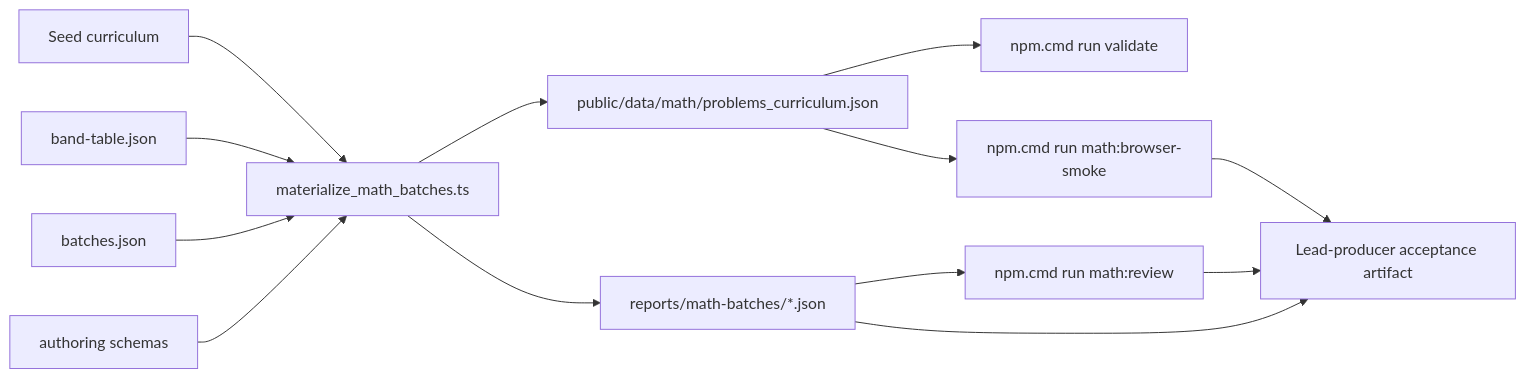
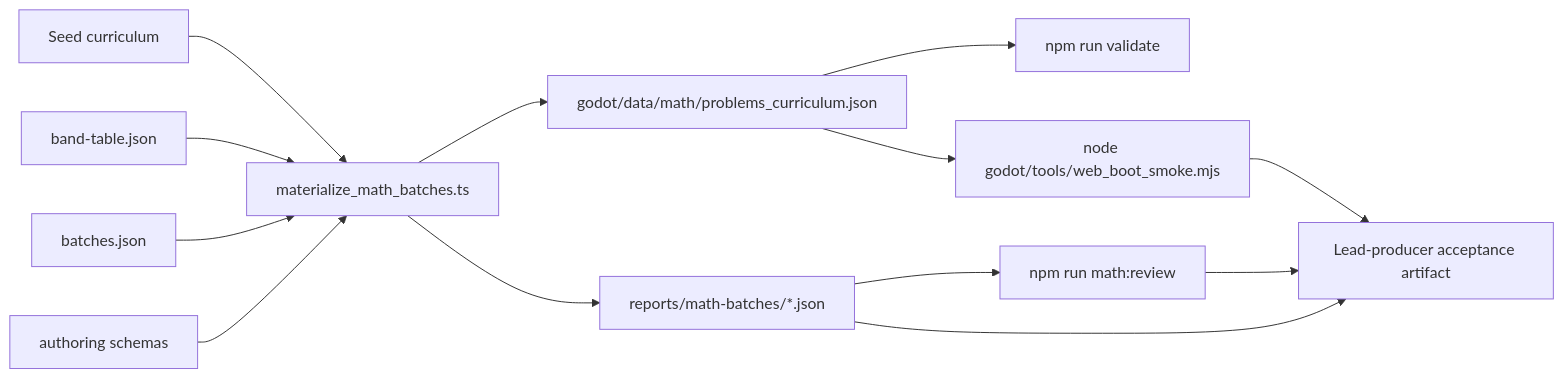
One commit to saemihemma/crowgame changed the diagram in docs/MATH_AUTHORING_PIPELINE.md. Above: the diagram before and after it, drawn with Mermaid. The commit also changed other lines of this file and 15 other files, not shown here.

````diff
--- a/docs/MATH_AUTHORING_PIPELINE.md
+++ b/docs/MATH_AUTHORING_PIPELINE.md
@@ -24,17 +24,17 @@
 ```mermaid
 flowchart LR
     Seed["Seed curriculum"] --> Materialize["materialize_math_batches.ts"]
     Bands["band-table.json"] --> Materialize
     Batches["batches.json"] --> Materialize
     Schemas["authoring schemas"] --> Materialize
 
-    Materialize --> Runtime["public/data/math/problems_curriculum.json"]
+    Materialize --> Runtime["godot/data/math/problems_curriculum.json"]
     Materialize --> Reports["reports/math-batches/*.json"]
 
-    Runtime --> Validate["npm.cmd run validate"]
-    Runtime --> Browser["npm.cmd run math:browser-smoke"]
-    Reports --> Review["npm.cmd run math:review"]
+    Runtime --> Validate["npm run validate"]
+    Runtime --> Browser["node godot/tools/web_boot_smoke.mjs"]
+    Reports --> Review["npm run math:review"]
     Reports --> Accept["Lead-producer acceptance artifact"]
     Browser --> Accept
     Review --> Accept
 ```
````
